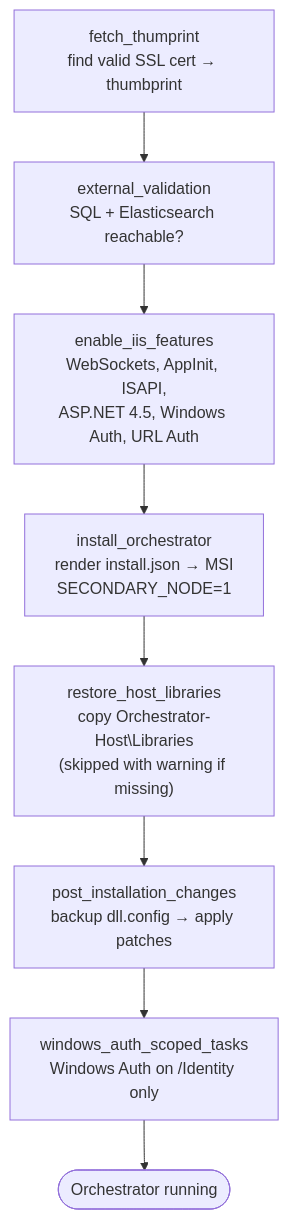
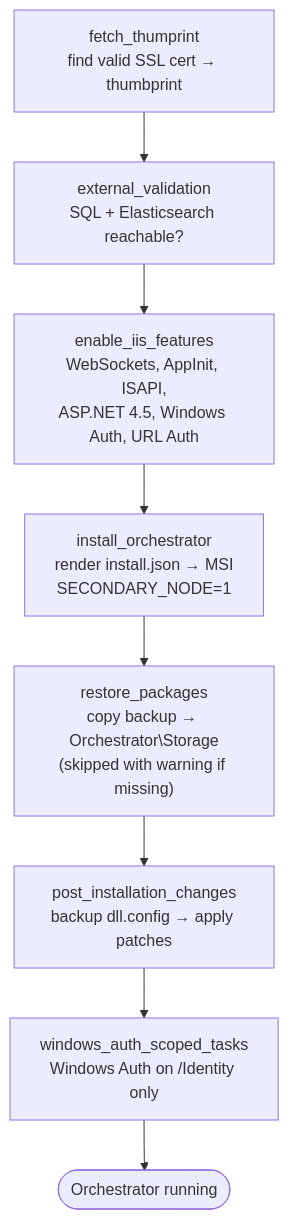
The seventh of 9 diagrams in docs/uipath-orchestrator-migration.md (kriarun/ansible-lab), drawn with Mermaid before and after one commit. The commit also changed other lines of this file and 5 other files, not shown here.

````diff
--- a/docs/uipath-orchestrator-migration.md
+++ b/docs/uipath-orchestrator-migration.md
@@ -219,10 +232,10 @@
 ```mermaid
 flowchart TB
     S1["fetch_thumprint<br/>find valid SSL cert → thumbprint"] --> S2["external_validation<br/>SQL + Elasticsearch reachable?"]
     S2 --> S3["enable_iis_features<br/>WebSockets, AppInit, ISAPI,<br/>ASP.NET 4.5, Windows Auth, URL Auth"]
     S3 --> S4["install_orchestrator<br/>render install.json → MSI<br/>SECONDARY_NODE=1"]
-    S4 --> S4b["restore_host_libraries<br/>copy Orchestrator-Host\Libraries<br/>(skipped with warning if missing)"]
+    S4 --> S4b["restore_packages<br/>copy backup → Orchestrator\Storage<br/>(skipped with warning if missing)"]
     S4b --> S5["post_installation_changes<br/>backup dll.config → apply patches"]
     S5 --> S6["windows_auth_scoped_tasks<br/>Windows Auth on /Identity only"]
     S6 --> OK(["Orchestrator running"])
 ```
````
